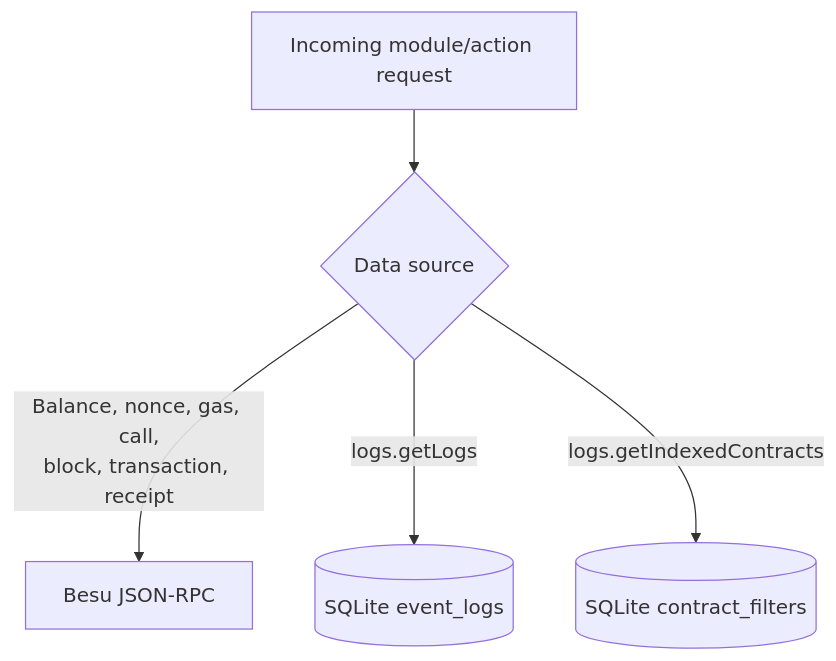
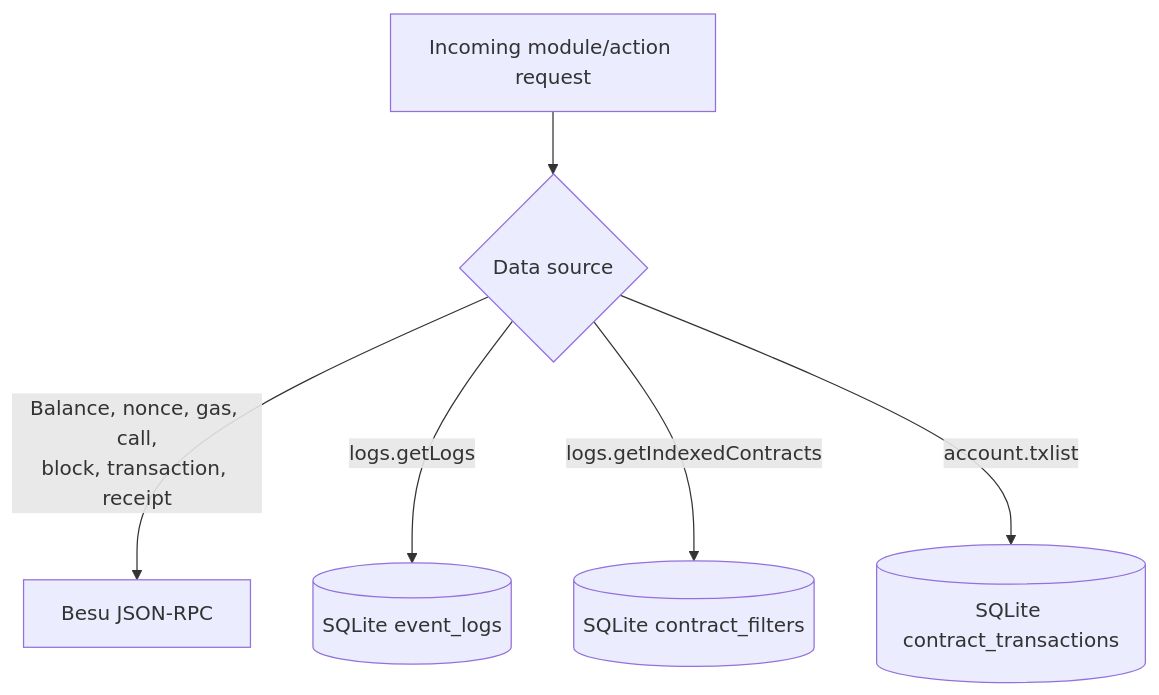
One commit to WangWang0226/da-rpc-proxy changed the second of 2 diagrams in docs/architecture-overview.md. Above: the diagram before and after it, drawn with Mermaid. The commit also changed other lines of this file and 20 other files, not shown here.

````diff
--- a/docs/architecture-overview.md
+++ b/docs/architecture-overview.md
@@ -92,8 +117,9 @@
 ```mermaid
 flowchart TD
     R[Incoming module/action request]
     R --> D{Data source}
     D -->|Balance, nonce, gas, call,<br/>block, transaction, receipt| RPC[Besu JSON-RPC]
     D -->|logs.getLogs| LOGS[(SQLite event_logs)]
     D -->|logs.getIndexedContracts| FILTERS[(SQLite contract_filters)]
+    D -->|account.txlist| TXS[(SQLite contract_transactions)]
 ```
````
